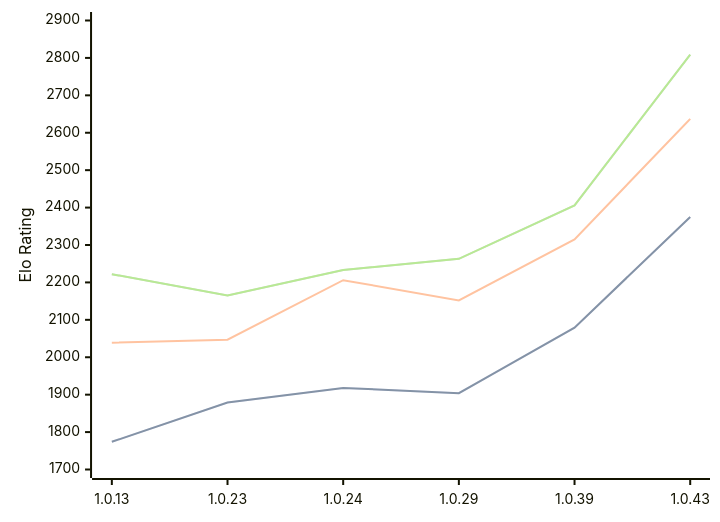
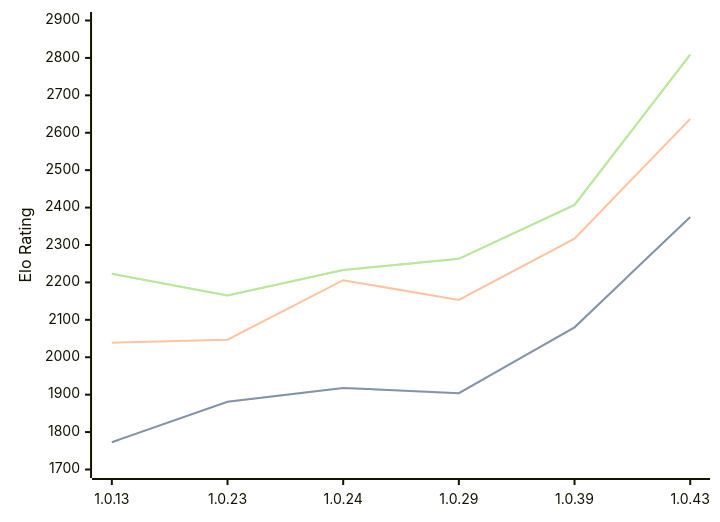
The diagram in engines/RustyRival.md (computer-chess-index/cci), drawn with Mermaid before and after one commit. The commit also changed other lines of this file, not shown here.

Commit message:
Update CCI Ratings (ELO VLTC) - 2026-05-21

````diff
--- a/engines/RustyRival.md
+++ b/engines/RustyRival.md
@@ -68,11 +68,11 @@
 ```mermaid
 %%{init: {"theme":"base","themeVariables":{"seriesColors:['#a3a3a3','#222221','#faa371']}}}%%
 xychart-beta
   x-axis ["1.0.13", "1.0.23", "1.0.24", "1.0.29", "1.0.39", "1.0.43"]
   y-axis "Elo Rating" 1700 --> 2900
-  line "STC (8.0+0.08s)" [1774, 1879, 1918, 1904, 2079, 2375]
-  line "STC (8.0+0.08s)" [1774, 1879, 1918, 1904, 2079, 2375]
-  line "LTC (60.0+0.60s)" [2039, 2047, 2206, 2152, 2315, 2637]
-  line "VLTC (2m24s+1.12s)" [2222, 2165, 2233, 2263, 2406, 2809]
-  line "VLTC (2m24s+1.12s)" [2222, 2165, 2233, 2263, 2406, 2809]
+  line "STC (8.0+0.08s)" [1773, 1881, 1918, 1904, 2080, 2375]
+  line "STC (8.0+0.08s)" [1773, 1881, 1918, 1904, 2080, 2375]
+  line "LTC (60.0+0.60s)" [2039, 2047, 2206, 2153, 2317, 2637]
+  line "VLTC (2m24s+1.12s)" [2223, 2165, 2233, 2263, 2407, 2809]
+  line "VLTC (2m24s+1.12s)" [2223, 2165, 2233, 2263, 2407, 2809]
 ```
````
